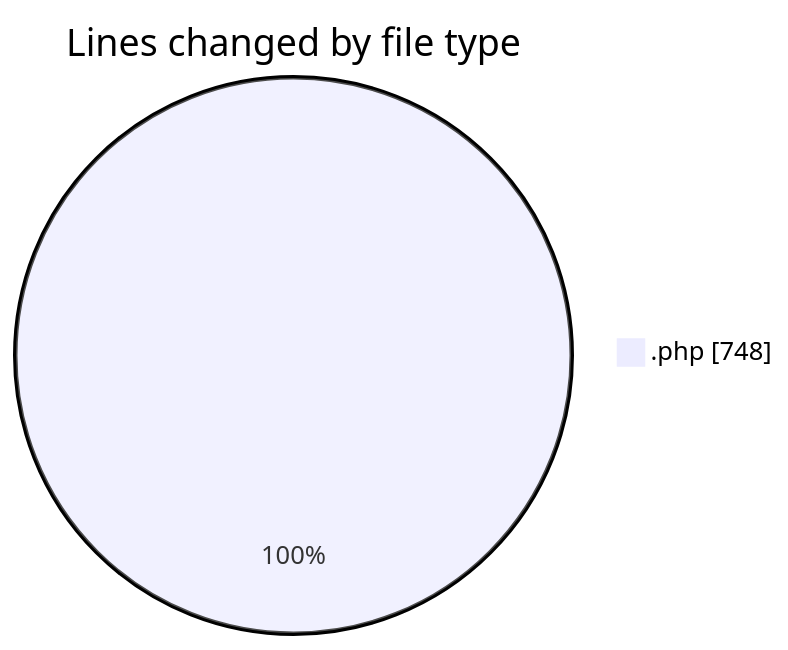
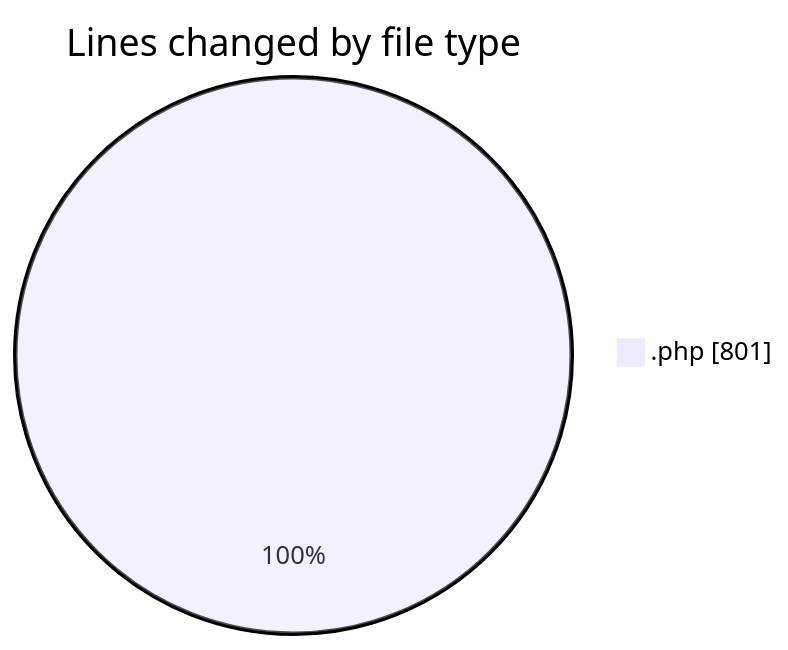
The first of 2 diagrams in 2025-06-23/studio-backend/README.md (idhammustaqopulfikri/code-tracking), drawn with Mermaid before and after one commit. The commit also changed other lines of this file and 1 other file, not shown here.

````diff
--- a/2025-06-23/studio-backend/README.md
+++ b/2025-06-23/studio-backend/README.md
@@ -20,5 +20,5 @@
 ```mermaid
 pie showData
 title Lines changed by file type
-".php" : 748
+".php" : 801
 ```
````
